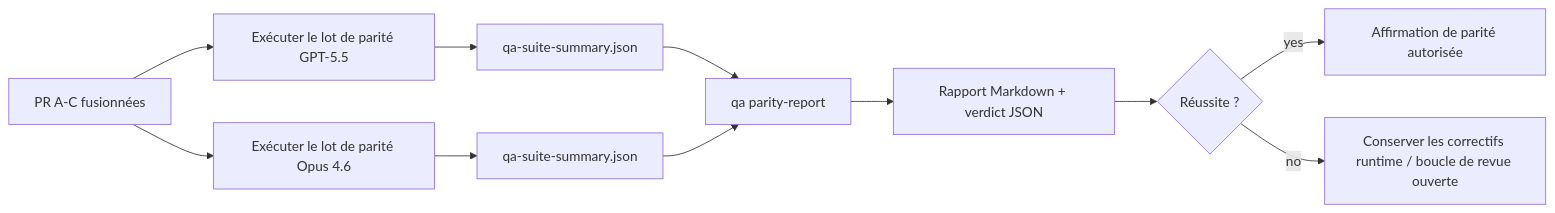
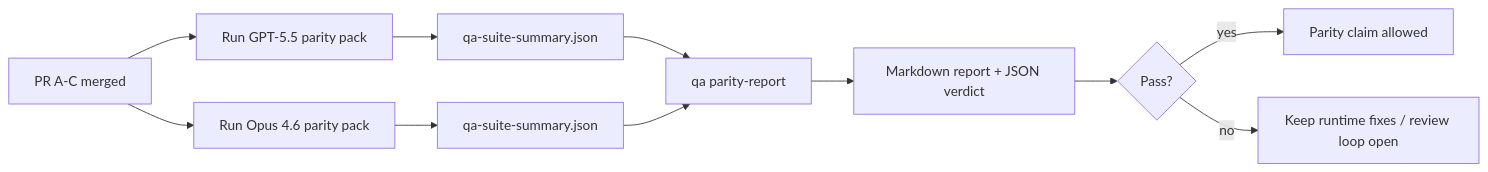
The diagram in docs/fr/help/gpt55-codex-agentic-parity-maintainers.md (openclaw/docs), drawn with Mermaid before and after one commit. The commit also changed other lines of this file and 218 other files, not shown here.

````diff
--- a/docs/fr/help/gpt55-codex-agentic-parity-maintainers.md
+++ b/docs/fr/help/gpt55-codex-agentic-parity-maintainers.md
@@ -141,13 +140,13 @@
 ```mermaid
 flowchart LR
-    A["PR A-C fusionnées"] --> B["Exécuter le lot de parité GPT-5.5"]
-    A --> C["Exécuter le lot de parité Opus 4.6"]
+    A["PR A-C merged"] --> B["Run GPT-5.5 parity pack"]
+    A --> C["Run Opus 4.6 parity pack"]
     B --> D["qa-suite-summary.json"]
     C --> E["qa-suite-summary.json"]
     D --> F["qa parity-report"]
     E --> F
-    F --> G["Rapport Markdown + verdict JSON"]
-    G --> H{"Réussite ?"}
-    H -- "yes" --> I["Affirmation de parité autorisée"]
-    H -- "no" --> J["Conserver les correctifs runtime / boucle de revue ouverte"]
+    F --> G["Markdown report + JSON verdict"]
+    G --> H{"Pass?"}
+    H -- "yes" --> I["Parity claim allowed"]
+    H -- "no" --> J["Keep runtime fixes / review loop open"]
 ```
````
